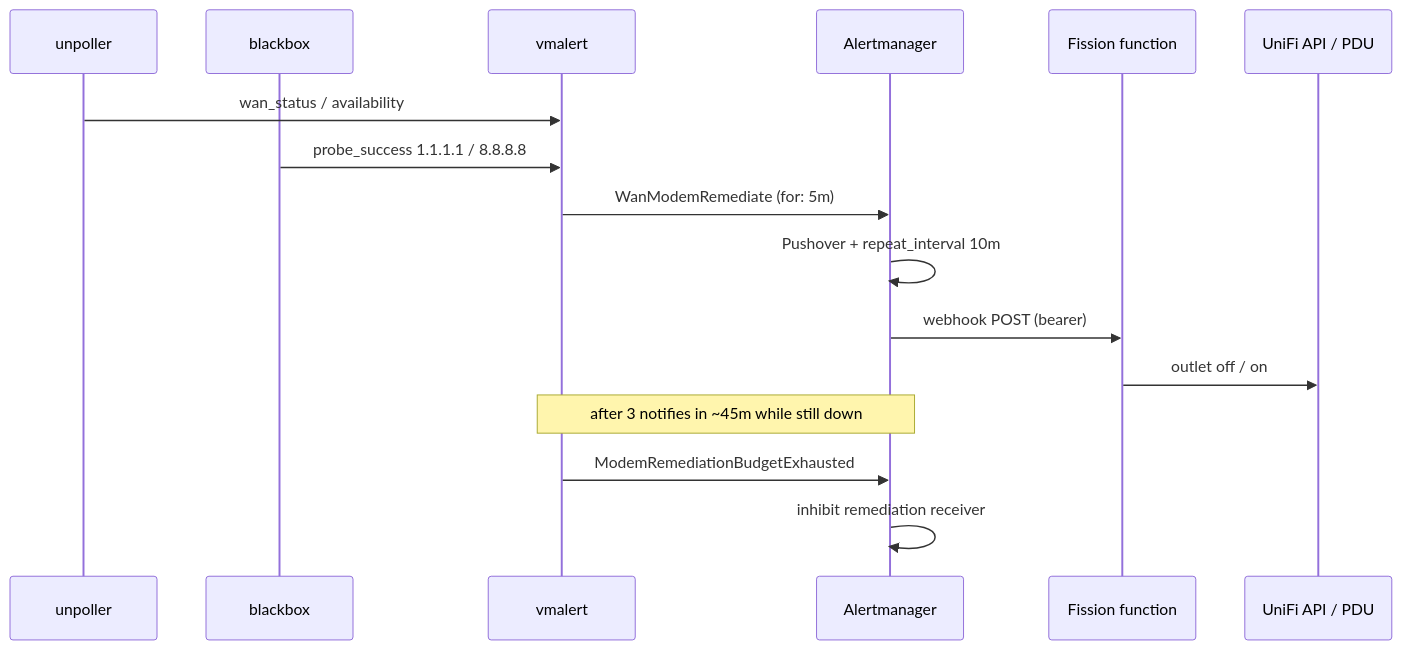
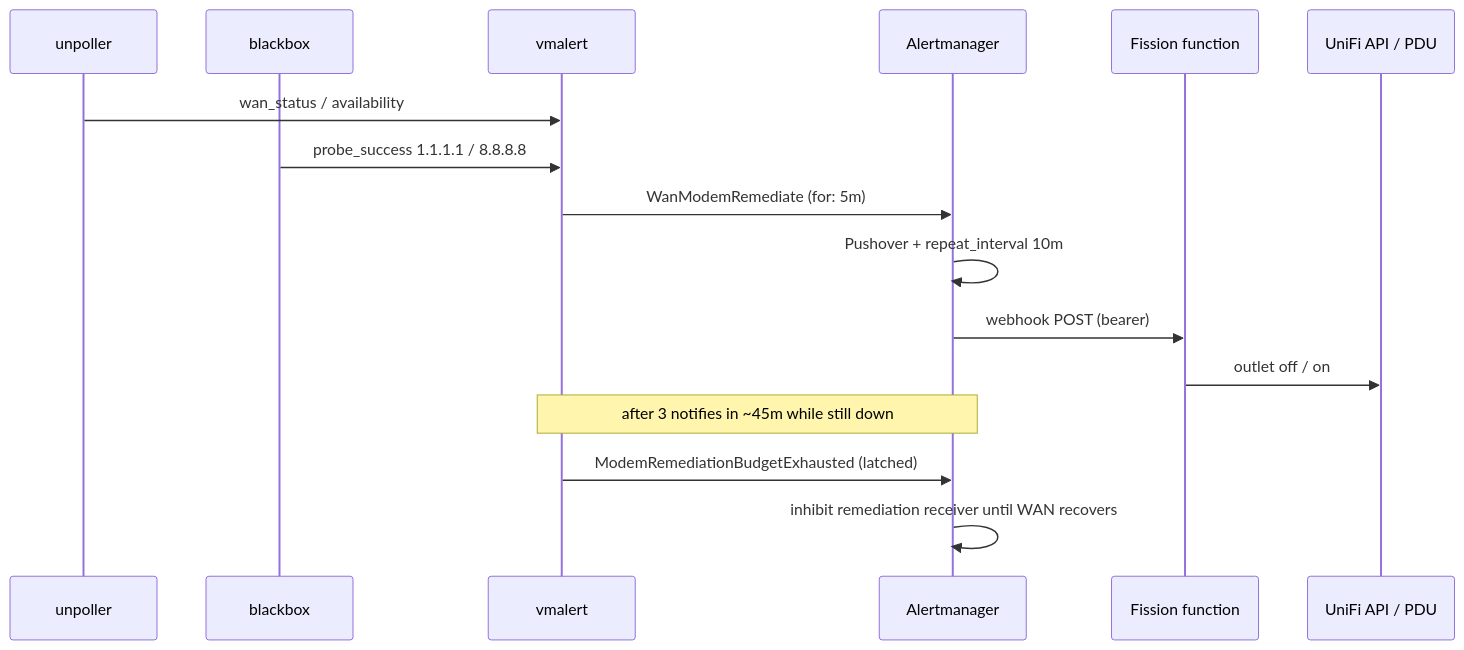
One commit to zebernst/homelab changed the first of 2 diagrams in docs/plans/2026-10-21-1858-feat-wan-modem-remediation-plan.md. Above: the diagram before and after it, drawn with Mermaid. The commit also changed other lines of this file and 1 other file, not shown here.

First line of the commit message:
fix(modem-remediation): latch circuit breaker until WAN recovers

````diff
--- a/docs/plans/2026-10-21-1858-feat-wan-modem-remediation-plan.md
+++ b/docs/plans/2026-10-21-1858-feat-wan-modem-remediation-plan.md
@@ -146,19 +146,19 @@
 ```mermaid
 sequenceDiagram
   participant UP as unpoller
   participant BB as blackbox
   participant VM as vmalert
   participant AM as Alertmanager
   participant FX as Fission function
   participant Uni as UniFi API / PDU
 
   UP->>VM: wan_status / availability
   BB->>VM: probe_success 1.1.1.1 / 8.8.8.8
   VM->>AM: WanModemRemediate (for: 5m)
   AM->>AM: Pushover + repeat_interval 10m
   AM->>FX: webhook POST (bearer)
   FX->>Uni: outlet off / on
   Note over VM,AM: after 3 notifies in ~45m while still down
-  VM->>AM: ModemRemediationBudgetExhausted
-  AM->>AM: inhibit remediation receiver
+  VM->>AM: ModemRemediationBudgetExhausted (latched)
+  AM->>AM: inhibit remediation receiver until WAN recovers
 ```
````
